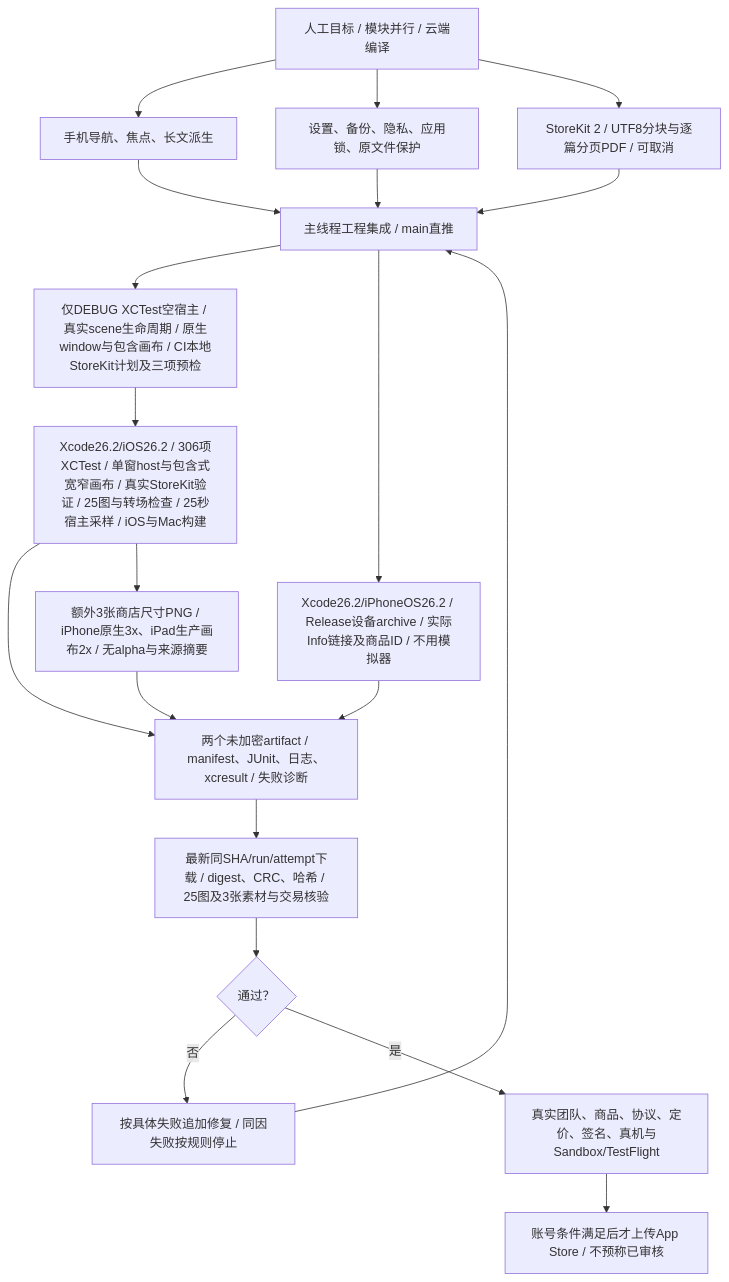
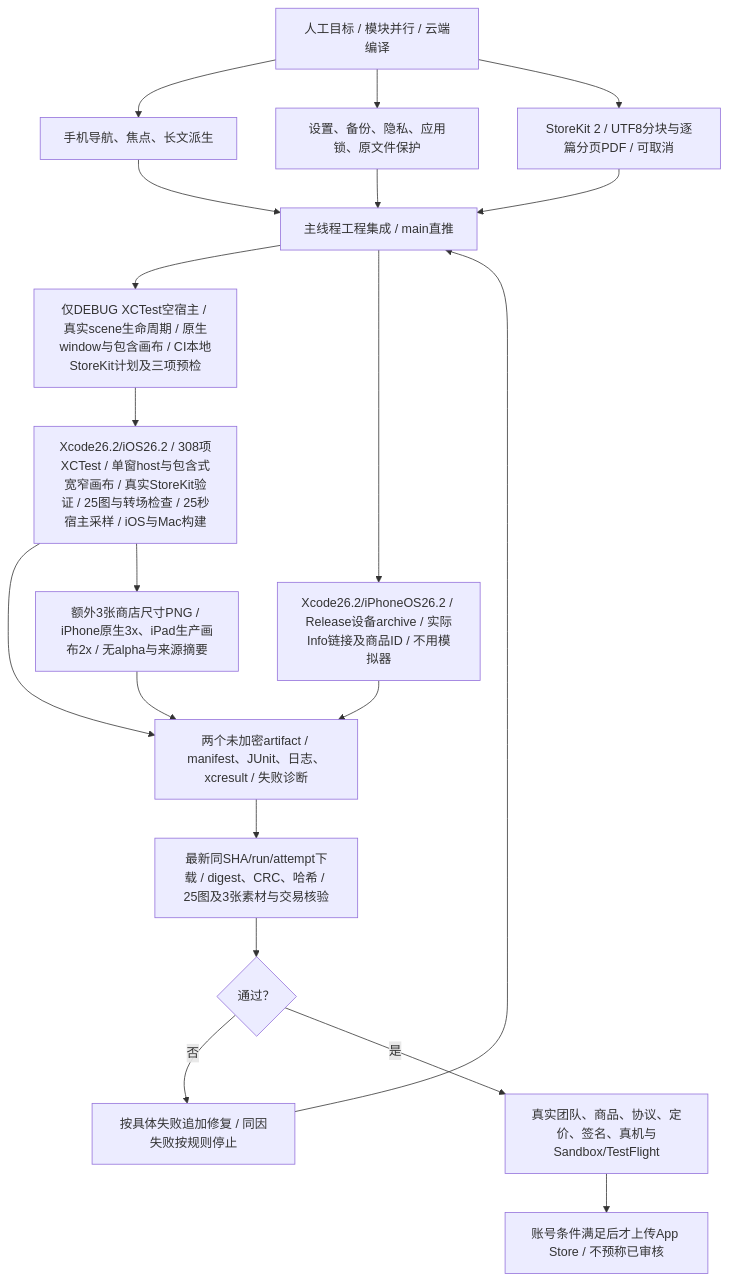
One commit to Altman-sam114/117 changed the fourth of 4 diagrams in md/flow/flowchart.md. Above: the diagram before and after it, drawn with Mermaid. The commit also changed other lines of this file and 13 other files, not shown here.

````diff
--- a/md/flow/flowchart.md
+++ b/md/flow/flowchart.md
@@ -69,22 +71,22 @@
 ```mermaid
 flowchart TD
   User["人工目标 / 模块并行 / 云端编译"] --> Mobile["手机导航、焦点、长文派生"]
   User --> Safety["设置、备份、隐私、应用锁、原文件保护"]
   User --> Pro["StoreKit 2 / UTF8分块与逐篇分页PDF / 可取消"]
   Mobile --> Integrate["主线程工程集成 / main直推"]
   Safety --> Integrate
   Pro --> Integrate
   Integrate --> TestHost["仅DEBUG XCTest空宿主 / 真实scene生命周期 / 原生window与包含画布 / CI本地StoreKit计划及三项预检"]
-  TestHost --> Regression["Xcode26.2/iOS26.2 / 306项XCTest / 单窗host与包含式宽窄画布 / 真实StoreKit验证 / 25图与转场检查 / 25秒宿主采样 / iOS与Mac构建"]
+  TestHost --> Regression["Xcode26.2/iOS26.2 / 308项XCTest / 单窗host与包含式宽窄画布 / 真实StoreKit验证 / 25图与转场检查 / 25秒宿主采样 / iOS与Mac构建"]
   Integrate --> Archive["Xcode26.2/iPhoneOS26.2 / Release设备archive / 实际Info链接及商品ID / 不用模拟器"]
   Regression --> Results["两个未加密artifact / manifest、JUnit、日志、xcresult / 失败诊断"]
   Archive --> Results
   Regression --> StoreImages["额外3张商店尺寸PNG / iPhone原生3x、iPad生产画布2x / 无alpha与来源摘要"]
   StoreImages --> Results
   Results --> Review["最新同SHA/run/attempt下载 / digest、CRC、哈希 / 25图及3张素材与交易核验"]
   Review --> Gate{"通过？"}
   Gate -- "否" --> Fix["按具体失败追加修复 / 同因失败按规则停止"]
   Fix --> Integrate
   Gate -- "是" --> Account["真实团队、商品、协议、定价、签名、真机与Sandbox/TestFlight"]
   Account --> Upload["账号条件满足后才上传App Store / 不预称已审核"]
 ```
````
